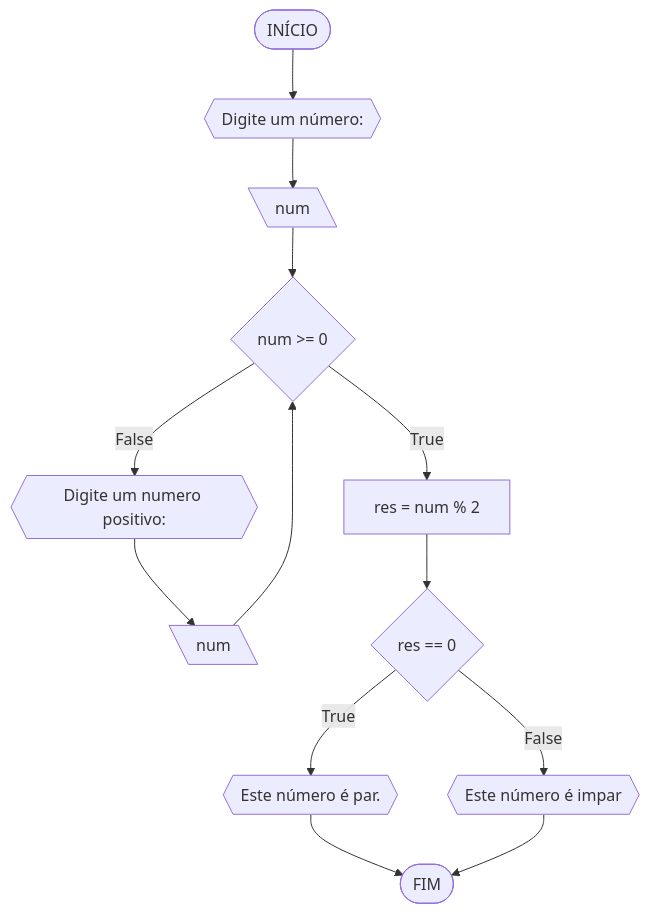
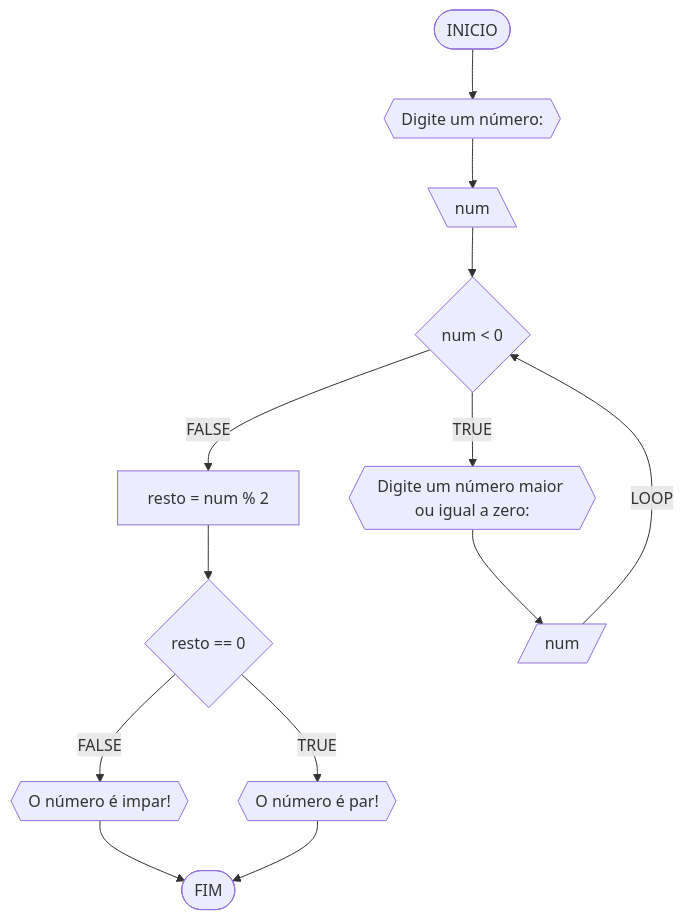
The ninth of 20 diagrams in RLA/lista_exercíciosAV1.md (Davicesmeraldo/UNIFOR), drawn with Mermaid before and after one commit. The commit also changed other lines of this file, not shown here.

````diff
--- a/RLA/lista_exercíciosAV1.md
+++ b/RLA/lista_exercíciosAV1.md
@@ -349,15 +630,15 @@
 ```mermaid
 flowchart TD
-A([INÍCIO]) --> B{{"Digite um número: "}}
+A([INICIO]) --> B{{Digite um número:}}
 B --> C[\num\]
-C --> D{num >= 0}
-D --False--> E{{"Digite um numero positivo: "}}
-E --> J[\num\]
-J --> D
-D --True--> F[res = num % 2]
-F --> G{res == 0}
-G --True--> H{{"Este número é par."}}
-G --False--> I{{"Este número é impar"}}
-H --> Z([FIM])
-I --> Z
+C --> D{num < 0}
+D --FALSE--> E[resto = num % 2]
+E --> H{resto == 0}
+H --FALSE--> I{{O número é impar!}}
+H --TRUE--> J{{O número é par!}}
+I --> Z([FIM])
+J --> Z
+D --TRUE--> F{{Digite um número maior ou igual a zero:}}
+F --> G[/num/]
+G --LOOP--> D
 ```
````
